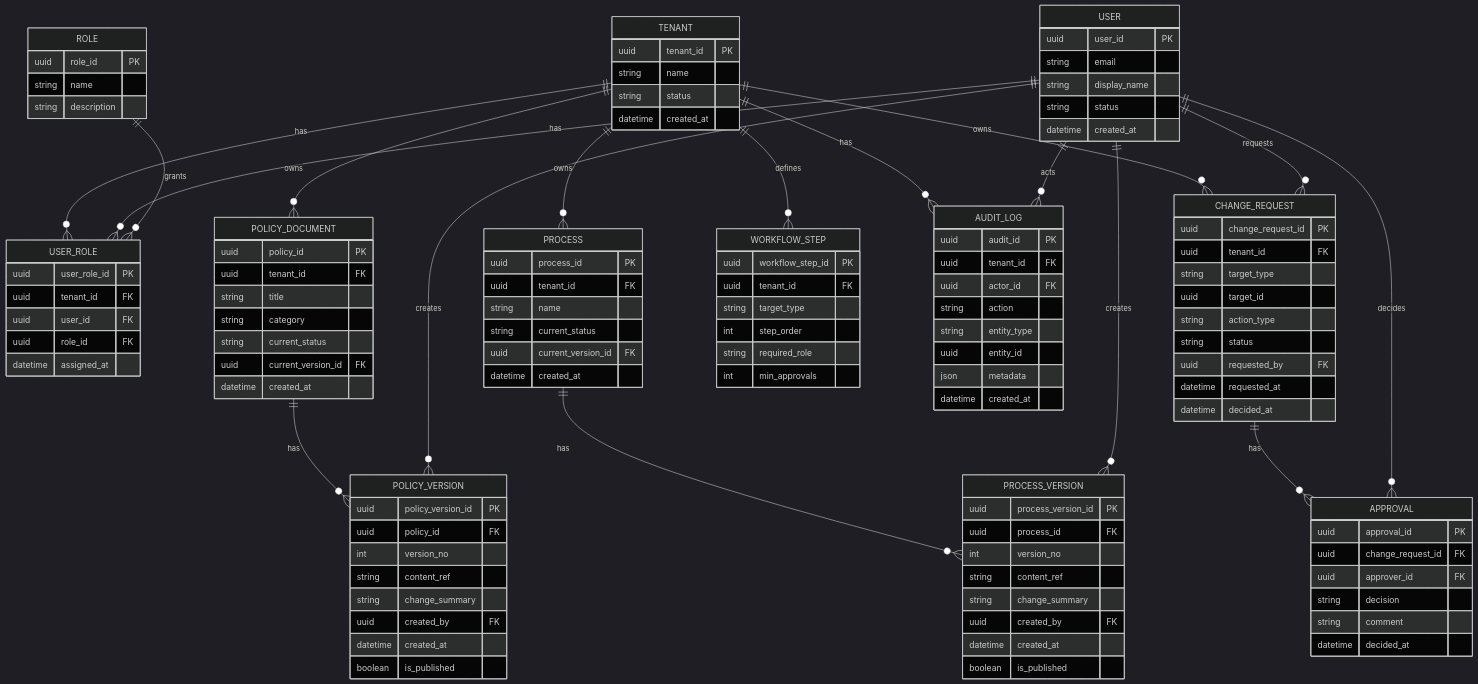
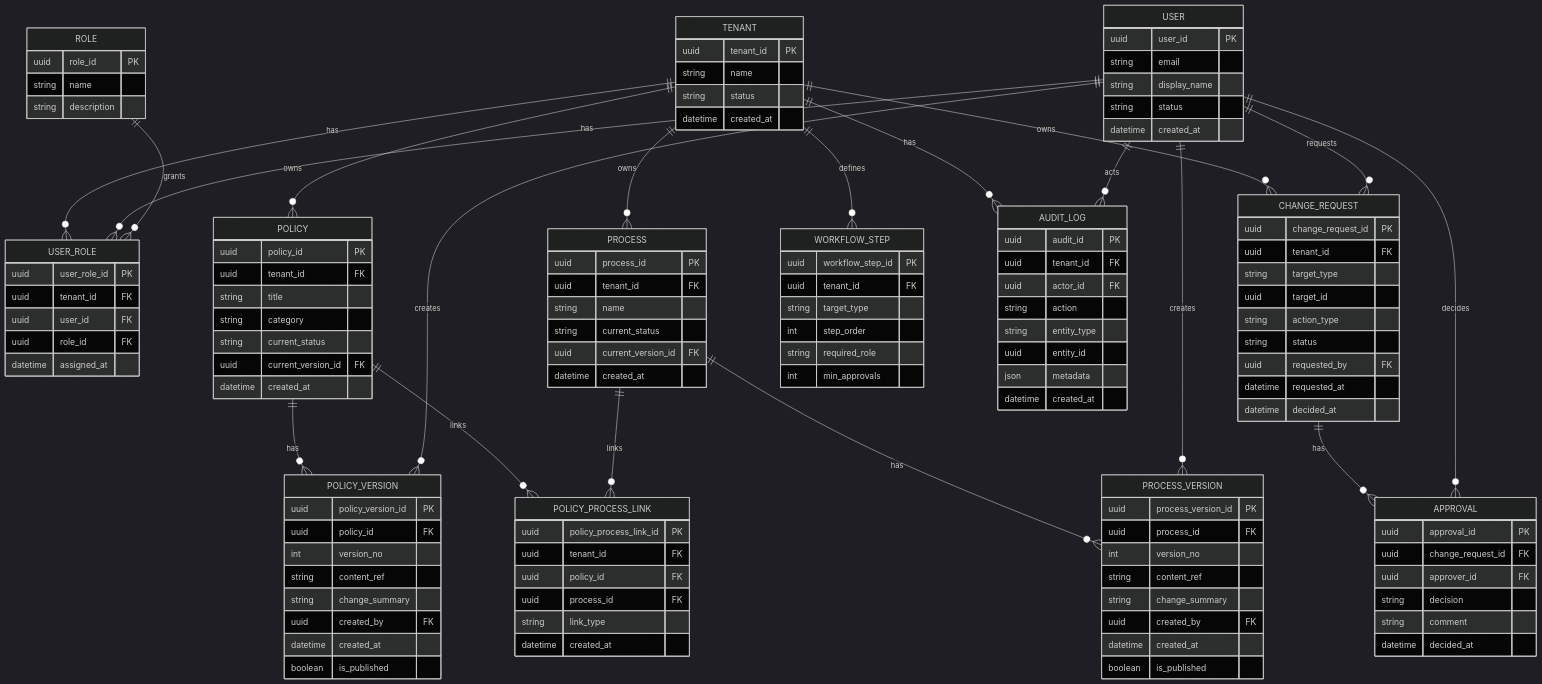
The diagram in docs/data-model.md (montizaan/InteliRepo), drawn with Mermaid (dark theme) before and after one commit. The commit also changed other lines of this file, not shown here.

Commit message:
docs(data-model): rename policy_document to policy and clarify policy-process m2m
Aligns the baseline model terminology with the domain by using 'policy' instead of 'policy_document'.

Also documents the policy-process relationship explicitly as many-to-many via policy_process_link to keep the ERD clear and implementation intent unambiguous.

```diff
--- a/docs/data-model.md
+++ b/docs/data-model.md
@@ -43,7 +43,7 @@
       datetime assigned_at
     }
 
-    POLICY_DOCUMENT {
+    POLICY {
       uuid policy_id PK
       uuid tenant_id FK
       string title
@@ -82,6 +82,15 @@
       uuid created_by FK
       datetime created_at
       boolean is_published
+    }
+
+    POLICY_PROCESS_LINK {
+      uuid policy_process_link_id PK
+      uuid tenant_id FK
+      uuid policy_id FK
+      uuid process_id FK
+      string link_type
+      datetime created_at
     }
 
     CHANGE_REQUEST {
@@ -129,13 +138,16 @@
     USER ||--o{ USER_ROLE : has
     ROLE ||--o{ USER_ROLE : grants
 
-    TENANT ||--o{ POLICY_DOCUMENT : owns
-    POLICY_DOCUMENT ||--o{ POLICY_VERSION : has
+    TENANT ||--o{ POLICY : owns
+    POLICY ||--o{ POLICY_VERSION : has
     USER ||--o{ POLICY_VERSION : creates
 
     TENANT ||--o{ PROCESS : owns
     PROCESS ||--o{ PROCESS_VERSION : has
     USER ||--o{ PROCESS_VERSION : creates
+
+    POLICY ||--o{ POLICY_PROCESS_LINK : links
+    PROCESS ||--o{ POLICY_PROCESS_LINK : links
 
     TENANT ||--o{ CHANGE_REQUEST : owns
     USER ||--o{ CHANGE_REQUEST : requests
```
